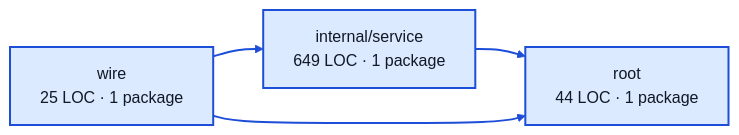
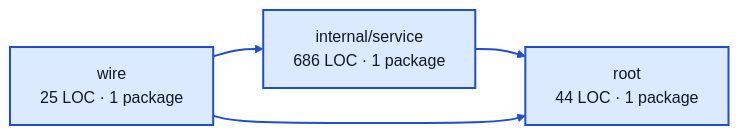
One commit to portpowered/you-agent-factory changed the diagram in docs/architecture/visualizations/services/webhooks.md. Above: the diagram before and after it, drawn with Mermaid (forest theme). The commit also changed other lines of this file and 21 other files, not shown here.

Commit message:
docs: refresh backend architecture visualizations

````diff
--- a/docs/architecture/visualizations/services/webhooks.md
+++ b/docs/architecture/visualizations/services/webhooks.md
@@ -11,13 +11,13 @@
 ```mermaid
 flowchart LR
-  p0["internal/service<br/>649 LOC · 1 package"]
+  p0["internal/service<br/>686 LOC · 1 package"]
   p1["root<br/>44 LOC · 1 package"]
   p2["wire<br/>25 LOC · 1 package"]
   p0 --> p1
   p2 --> p0
   p2 --> p1
   style p0 fill:#dbeafe,stroke:#1d4ed8,stroke-width:2px,color:#111827
   style p1 fill:#dbeafe,stroke:#1d4ed8,stroke-width:2px,color:#111827
   style p2 fill:#dbeafe,stroke:#1d4ed8,stroke-width:2px,color:#111827
   linkStyle default stroke:#1d4ed8,stroke-width:2px
 ```
````
